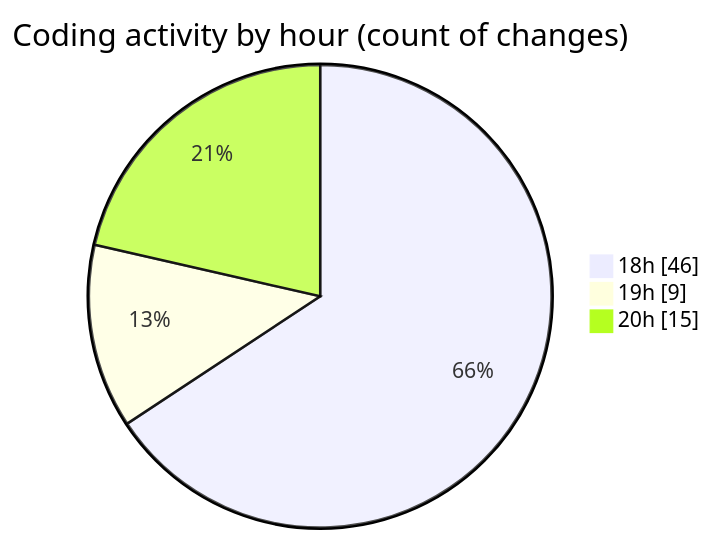
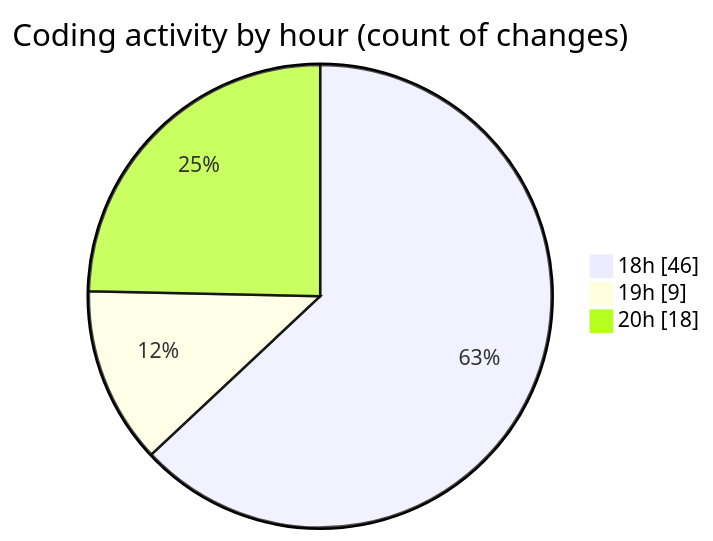
One commit to Ritupan-Deka/code-tracking changed the second of 2 diagrams in 2025-07-05/hidden_search_widget/README.md. Above: the diagram before and after it, drawn with Mermaid. The commit also changed other lines of this file and 1 other file, not shown here.

````diff
--- a/2025-07-05/hidden_search_widget/README.md
+++ b/2025-07-05/hidden_search_widget/README.md
@@ -34,7 +34,7 @@
 ```mermaid
 pie showData
 title Coding activity by hour (count of changes)
 "18h" : 46
 "19h" : 9
-"20h" : 15
+"20h" : 18
 ```
````
